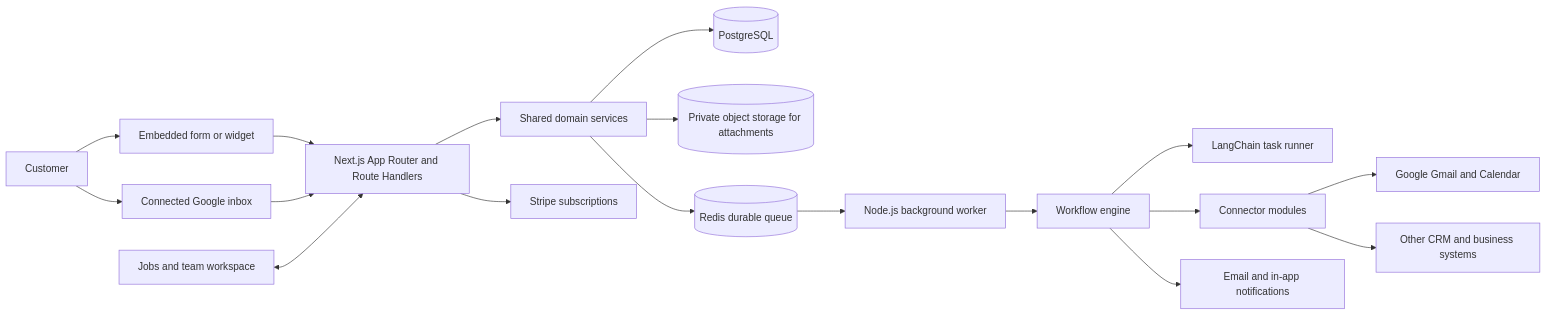
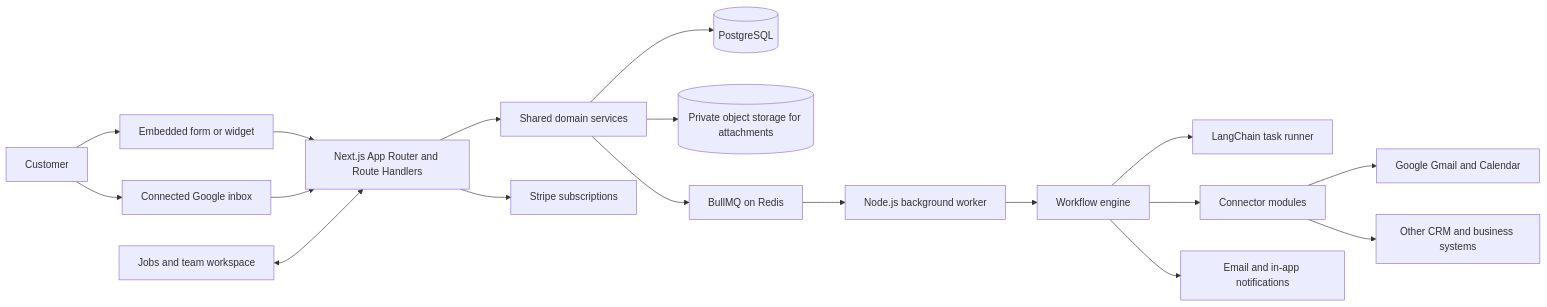
Before and after one commit to hack4lk/salesmora.ai: the first of 2 diagrams in docs/salesmora-product-roadmap.md, drawn with Mermaid. The commit also changed other lines of this file and 46 other files, not shown here.

````diff
--- a/docs/salesmora-product-roadmap.md
+++ b/docs/salesmora-product-roadmap.md
@@ -28,20 +33,20 @@
 ```mermaid
 flowchart LR
     Customer[Customer] --> Form[Embedded form or widget]
     Customer --> Email[Connected Google inbox]
     Form --> Web[Next.js App Router and Route Handlers]
     Email --> Web
     Web --> Domain[Shared domain services]
     Domain --> DB[(PostgreSQL)]
     Domain --> Storage[(Private object storage for attachments)]
-    Domain --> Queue[(Redis durable queue)]
+    Domain --> Queue[BullMQ on Redis]
     Queue --> Worker[Node.js background worker]
     Worker --> Workflow[Workflow engine]
     Workflow --> Agent[LangChain task runner]
     Workflow --> Connectors[Connector modules]
     Connectors --> Google[Google Gmail and Calendar]
     Connectors --> External[Other CRM and business systems]
     Workflow --> Notify[Email and in-app notifications]
     Web --> Billing[Stripe subscriptions]
     Jobs[Jobs and team workspace] <--> Web
 ```
````
